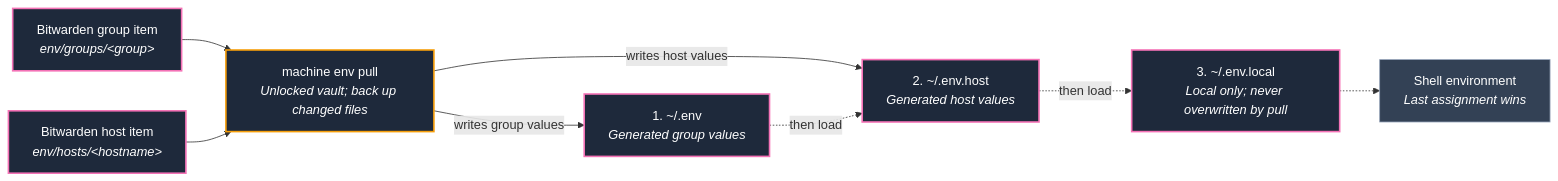
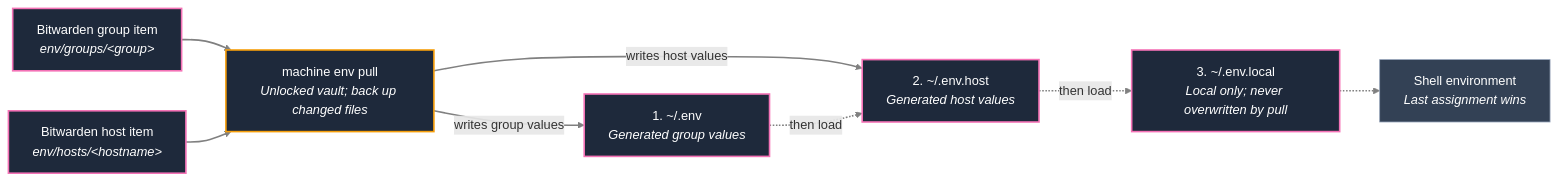
Before and after one commit to ditschi/dotfiles: the second of 3 diagrams in Readme.md, drawn with Mermaid. The commit also changed other lines of this file, not shown here.

Commit message:
docs: clarify README overview and group architecture diagram

````diff
--- a/Readme.md
+++ b/Readme.md
@@ -324,29 +344,30 @@
 ```mermaid
 graph LR
+  linkStyle default stroke:#808080,stroke-width:2px;
   Group["Bitwarden group item<br/><i>env/groups/&lt;group&gt;</i>"]
   Host["Bitwarden host item<br/><i>env/hosts/&lt;hostname&gt;</i>"]
   Pull["machine env pull<br/><i>Unlocked vault; back up changed files</i>"]
   Shared["1. ~/.env<br/><i>Generated group values</i>"]
   Specific["2. ~/.env.host<br/><i>Generated host values</i>"]
   Local["3. ~/.env.local<br/><i>Local only; never overwritten by pull</i>"]
   Shell["Shell environment<br/><i>Last assignment wins</i>"]
 
   Group --> Pull
   Host --> Pull
   Pull -->|writes group values| Shared
   Pull -->|writes host values| Specific
   Shared -.->|then load| Specific
   Specific -.->|then load| Local
   Local -.-> Shell
 
   classDef source fill:#1E293B,stroke:#38BDF8,stroke-width:2px,color:#fff;
   classDef control fill:#1E293B,stroke:#F59E0B,stroke-width:2px,color:#fff;
   classDef dotfiles fill:#1E293B,stroke:#3B82F6,stroke-width:2px,color:#fff;
   classDef mise fill:#1E293B,stroke:#10B981,stroke-width:2px,color:#fff;
   classDef system fill:#1E293B,stroke:#EF4444,stroke-width:2px,color:#fff;
   classDef secrets fill:#1E293B,stroke:#F472B6,stroke-width:2px,color:#fff;
   classDef context fill:#334155,stroke:#94A3B8,color:#fff;
   class Pull control;
   class Group,Host,Shared,Specific,Local secrets;
   class Shell context;
 ```
````
